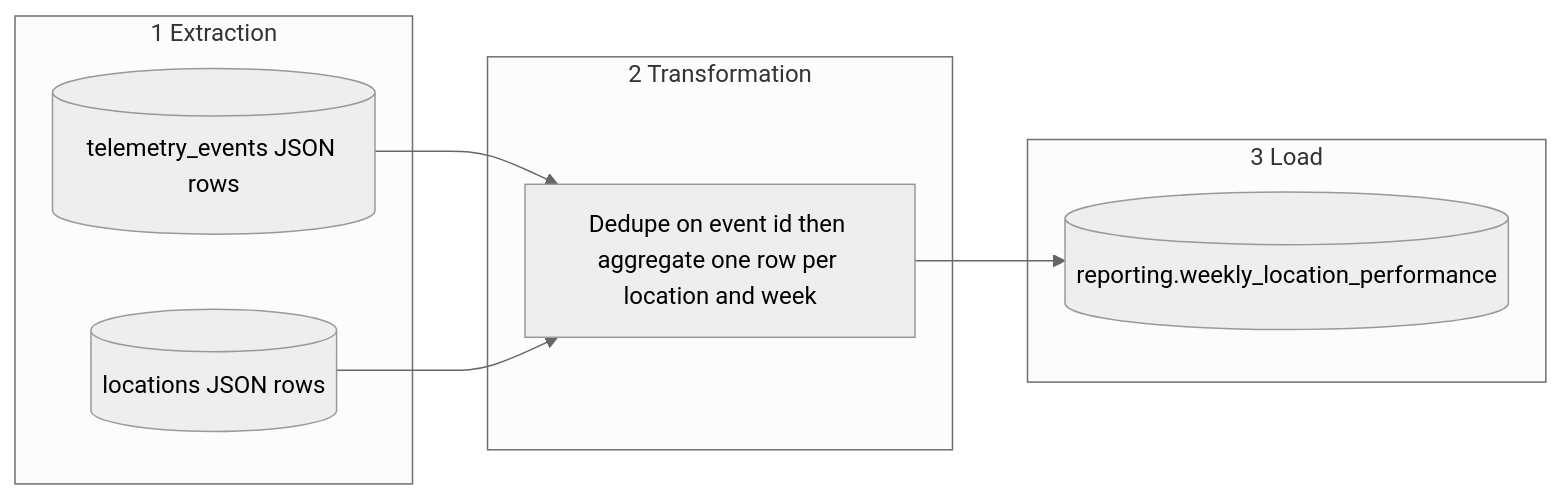
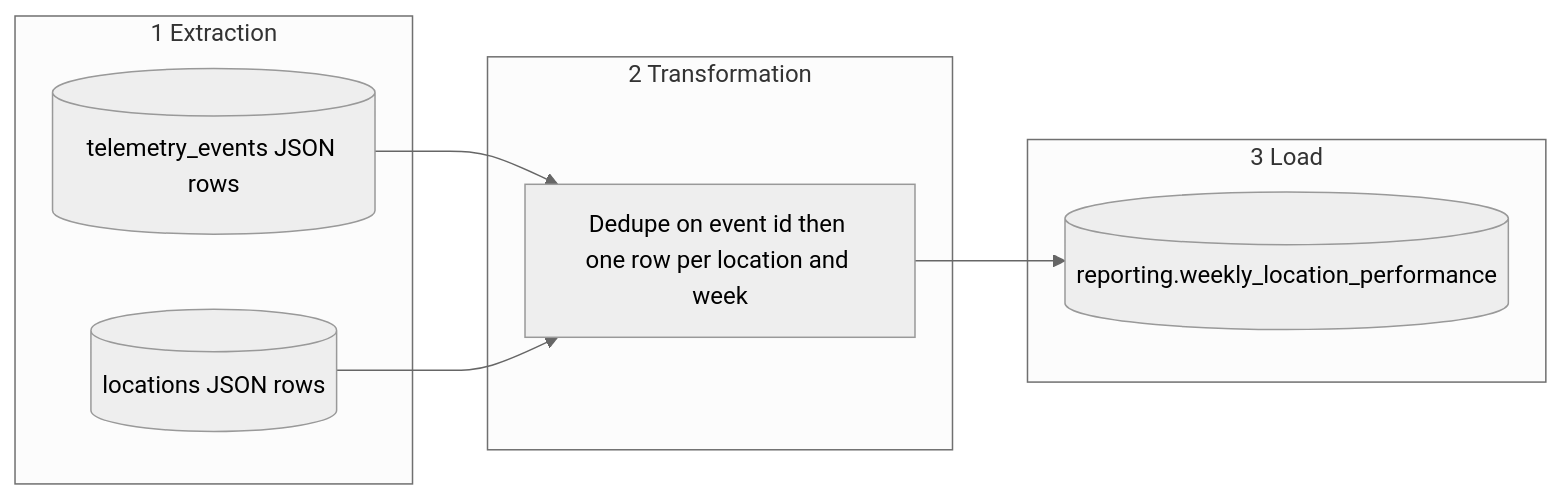
One commit to Rickycastro1940/ai-engineering-company-project-monorepo changed the diagram in data/pipelines/PIPELINE_DESIGN.md. Above: the diagram before and after it, drawn with Mermaid (neutral theme). The commit also changed other lines of this file, not shown here.

````diff
--- a/data/pipelines/PIPELINE_DESIGN.md
+++ b/data/pipelines/PIPELINE_DESIGN.md
@@ -206,16 +222,16 @@
 ```mermaid
 flowchart LR
   subgraph extraction [1 Extraction]
     A[(telemetry_events JSON rows)]
     B[(locations JSON rows)]
   end
   subgraph transformation [2 Transformation]
-    C[Dedupe on event id then aggregate one row per location and week]
+    C[Dedupe on event id then one row per location and week]
   end
   subgraph load [3 Load]
     D[(reporting.weekly_location_performance)]
   end
   A --> C
   B --> C
   C --> D
 ```
````
